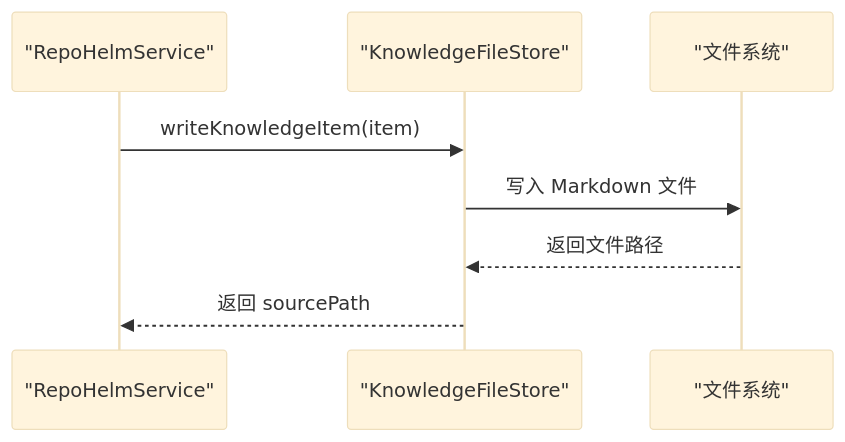
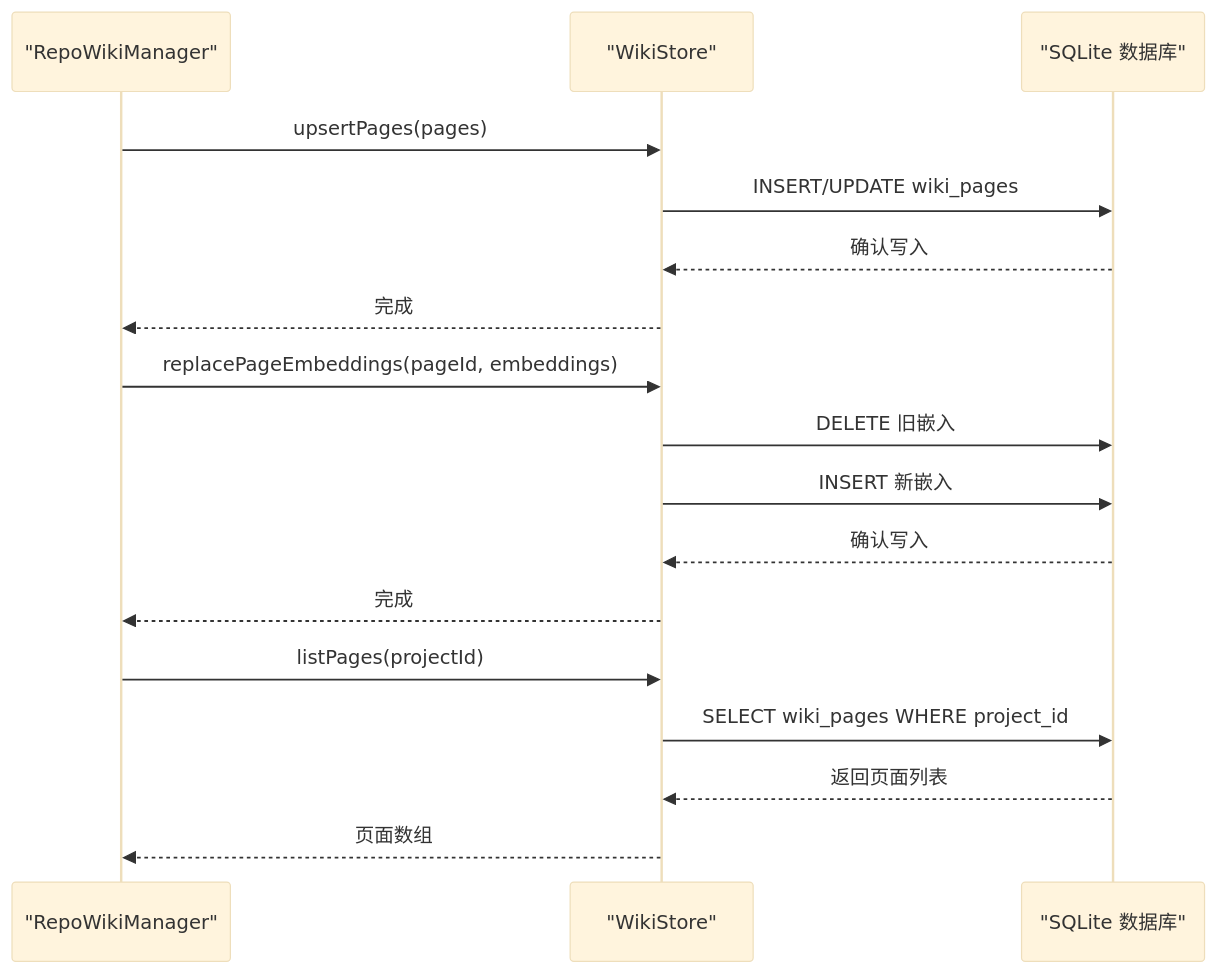
One commit to coconilu/RepoHelm changed the sixth of 11 diagrams in .qoder/repowiki/zh/content/架构设计/组件交互关系.md. Above: the diagram before and after it, drawn with Mermaid (base theme). The commit also changed other lines of this file and 9 other files, not shown here.

First line of the commit message:
docs(zh): add KnowledgeCenter, Markdown & Mermaid

````diff
--- a/.qoder/repowiki/zh/content/架构设计/组件交互关系.md
+++ b/.qoder/repowiki/zh/content/架构设计/组件交互关系.md
@@ -244,10 +361,19 @@
 ```mermaid
 sequenceDiagram
-participant Service as "RepoHelmService"
-participant Store as "KnowledgeFileStore"
-participant FS as "文件系统"
-Service->>Store : writeKnowledgeItem(item)
-Store->>FS : 写入 Markdown 文件
-FS-->>Store : 返回文件路径
-Store-->>Service : 返回 sourcePath
+participant Manager as "RepoWikiManager"
+participant Store as "WikiStore"
+participant DB as "SQLite 数据库"
+Manager->>Store : upsertPages(pages)
+Store->>DB : INSERT/UPDATE wiki_pages
+DB-->>Store : 确认写入
+Store-->>Manager : 完成
+Manager->>Store : replacePageEmbeddings(pageId, embeddings)
+Store->>DB : DELETE 旧嵌入
+Store->>DB : INSERT 新嵌入
+DB-->>Store : 确认写入
+Store-->>Manager : 完成
+Manager->>Store : listPages(projectId)
+Store->>DB : SELECT wiki_pages WHERE project_id
+DB-->>Store : 返回页面列表
+Store-->>Manager : 页面数组
 ```
````
